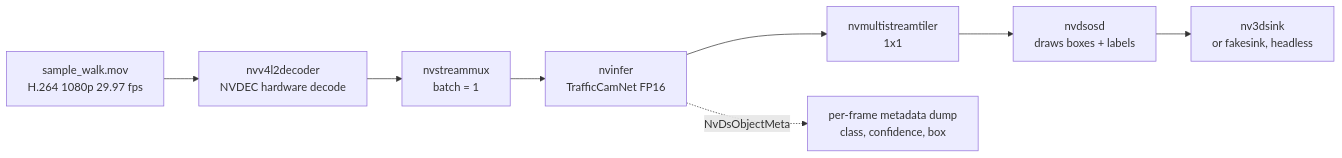
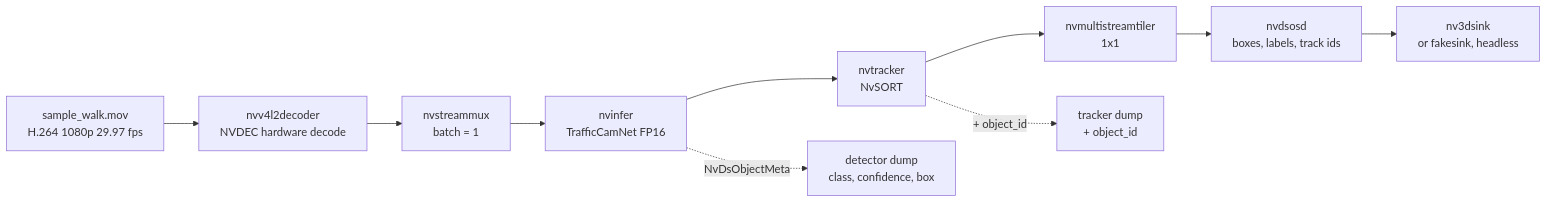
Before and after one commit to Matan-Vinkler/video-surveillance-with-deepstream: the diagram in README.md, drawn with Mermaid. The commit also changed other lines of this file and 12 other files, not shown here.

First line of the commit message:
Milestone 5 checkpoint 2: object tracking with NvSORT

````diff
--- a/README.md
+++ b/README.md
@@ -18,14 +20,17 @@
 ```mermaid
 flowchart LR
     A["sample_walk.mov<br/>H.264 1080p 29.97 fps"]
     B["nvv4l2decoder<br/>NVDEC hardware decode"]
     C["nvstreammux<br/>batch = 1"]
     D["nvinfer<br/>TrafficCamNet FP16"]
-    E["nvmultistreamtiler<br/>1x1"]
-    F["nvdsosd<br/>draws boxes + labels"]
-    G["nv3dsink<br/>or fakesink, headless"]
-    H["per-frame metadata dump<br/>class, confidence, box"]
+    E["nvtracker<br/>NvSORT"]
+    F["nvmultistreamtiler<br/>1x1"]
+    G["nvdsosd<br/>boxes, labels, track ids"]
+    H["nv3dsink<br/>or fakesink, headless"]
+    I["detector dump<br/>class, confidence, box"]
+    J["tracker dump<br/>+ object_id"]
 
-    A --> B --> C --> D --> E --> F --> G
-    D -. "NvDsObjectMeta" .-> H
+    A --> B --> C --> D --> E --> F --> G --> H
+    D -. "NvDsObjectMeta" .-> I
+    E -. "+ object_id" .-> J
 ```
````
